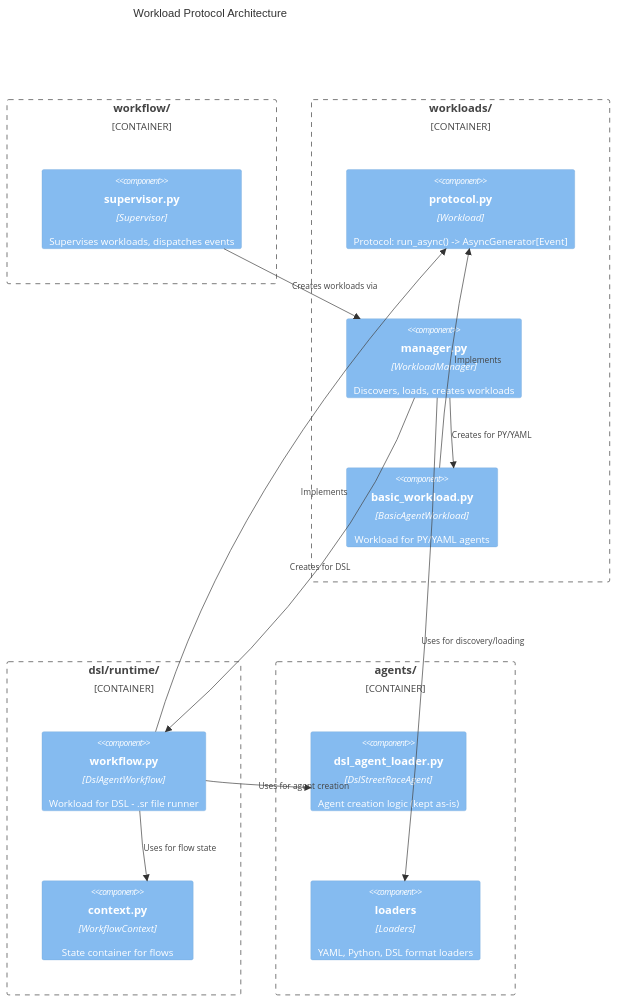
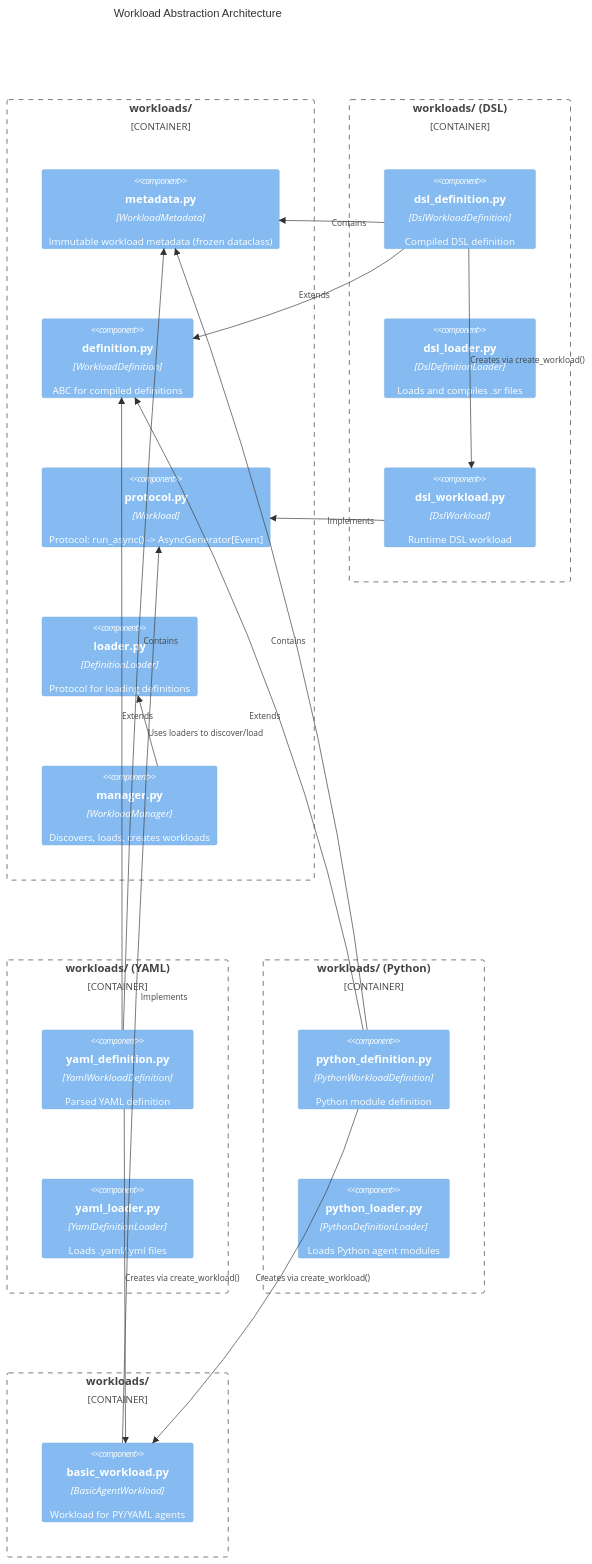
One commit to streetrace-ai/streetrace changed the first of 5 diagrams in docs/dev/workloads/architecture.md. Above: the diagram before and after it, drawn with Mermaid. The commit also changed other lines of this file and 95 other files, not shown here.

Commit message:
workload abstraction wip

````diff
--- a/docs/dev/workloads/architecture.md
+++ b/docs/dev/workloads/architecture.md
@@ -13,33 +17,45 @@
 ```mermaid
 C4Component
-    title Workload Protocol Architecture
+    title Workload Abstraction Architecture
 
-    Container_Boundary(workflow, "workflow/") {
-        Component(supervisor, "supervisor.py", "Supervisor", "Supervises workloads, dispatches events")
+    Container_Boundary(workloads, "workloads/") {
+        Component(metadata, "metadata.py", "WorkloadMetadata", "Immutable workload metadata (frozen dataclass)")
+        Component(definition, "definition.py", "WorkloadDefinition", "ABC for compiled definitions")
+        Component(protocol, "protocol.py", "Workload", "Protocol: run_async() -> AsyncGenerator[Event]")
+        Component(loader, "loader.py", "DefinitionLoader", "Protocol for loading definitions")
+        Component(manager, "manager.py", "WorkloadManager", "Discovers, loads, creates workloads")
     }
 
-    Container_Boundary(workloads, "workloads/") {
-        Component(protocol, "protocol.py", "Workload", "Protocol: run_async() -> AsyncGenerator[Event]")
-        Component(manager, "manager.py", "WorkloadManager", "Discovers, loads, creates workloads")
-        Component(basic, "basic_workload.py", "BasicAgentWorkload", "Workload for PY/YAML agents")
+    Container_Boundary(dsl_types, "workloads/ (DSL)") {
+        Component(dsl_def, "dsl_definition.py", "DslWorkloadDefinition", "Compiled DSL definition")
+        Component(dsl_loader, "dsl_loader.py", "DslDefinitionLoader", "Loads and compiles .sr files")
+        Component(dsl_workload, "dsl_workload.py", "DslWorkload", "Runtime DSL workload")
     }
 
-    Container_Boundary(dsl, "dsl/runtime/") {
-        Component(dsl_workflow, "workflow.py", "DslAgentWorkflow", "Workload for DSL - .sr file runner")
-        Component(ctx, "context.py", "WorkflowContext", "State container for flows")
+    Container_Boundary(yaml_types, "workloads/ (YAML)") {
+        Component(yaml_def, "yaml_definition.py", "YamlWorkloadDefinition", "Parsed YAML definition")
+        Component(yaml_loader, "yaml_loader.py", "YamlDefinitionLoader", "Loads .yaml/.yml files")
     }
 
-    Container_Boundary(agents, "agents/") {
-        Component(dsl_agent, "dsl_agent_loader.py", "DslStreetRaceAgent", "Agent creation logic (kept as-is)")
-        Component(loaders, "loaders", "Loaders", "YAML, Python, DSL format loaders")
+    Container_Boundary(python_types, "workloads/ (Python)") {
+        Component(python_def, "python_definition.py", "PythonWorkloadDefinition", "Python module definition")
+        Component(python_loader, "python_loader.py", "PythonDefinitionLoader", "Loads Python agent modules")
     }
 
-    Rel(supervisor, manager, "Creates workloads via")
-    Rel(manager, loaders, "Uses for discovery/loading")
-    Rel(manager, dsl_workflow, "Creates for DSL")
-    Rel(manager, basic, "Creates for PY/YAML")
-    Rel(dsl_workflow, protocol, "Implements")
-    Rel(basic, protocol, "Implements")
-    Rel(dsl_workflow, dsl_agent, "Uses for agent creation")
-    Rel(dsl_workflow, ctx, "Uses for flow state")
+    Container_Boundary(basic, "workloads/") {
+        Component(basic_workload, "basic_workload.py", "BasicAgentWorkload", "Workload for PY/YAML agents")
+    }
+
+    Rel(manager, loader, "Uses loaders to discover/load")
+    Rel(dsl_def, definition, "Extends")
+    Rel(yaml_def, definition, "Extends")
+    Rel(python_def, definition, "Extends")
+    Rel(dsl_def, dsl_workload, "Creates via create_workload()")
+    Rel(yaml_def, basic_workload, "Creates via create_workload()")
+    Rel(python_def, basic_workload, "Creates via create_workload()")
+    Rel(dsl_workload, protocol, "Implements")
+    Rel(basic_workload, protocol, "Implements")
+    Rel(dsl_def, metadata, "Contains")
+    Rel(yaml_def, metadata, "Contains")
+    Rel(python_def, metadata, "Contains")
 ```
````
